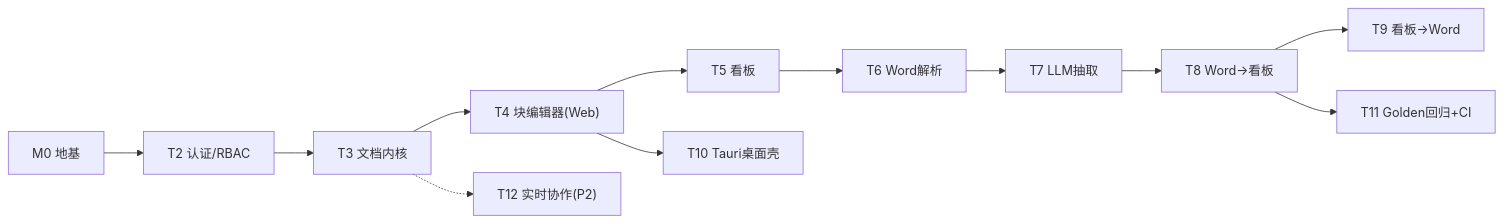
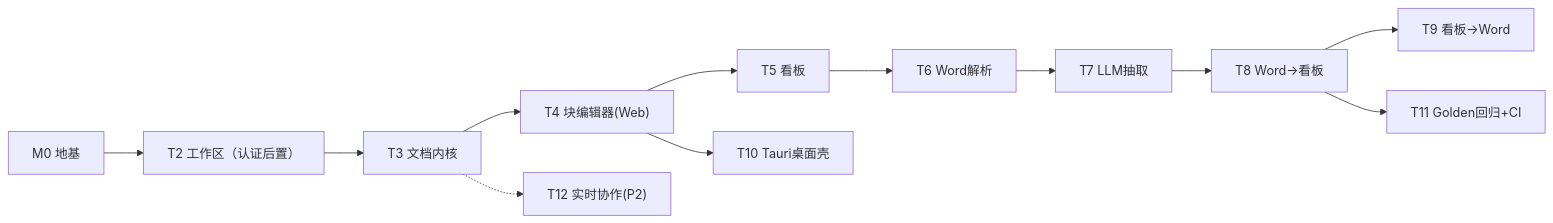
One commit to pandaymx/transnote changed the diagram in docs/TransNote开发路线.md. Above: the diagram before and after it, drawn with Mermaid. The commit also changed other lines of this file and 3 other files, not shown here.

````diff
--- a/docs/TransNote开发路线.md
+++ b/docs/TransNote开发路线.md
@@ -46,14 +46,14 @@
 ```mermaid
 flowchart LR
-    M01["M0 地基"] --> T2["T2 认证/RBAC"]
+    M01["M0 地基"] --> T2["T2 工作区（认证后置）"]
     T2 --> T3["T3 文档内核"]
     T3 --> T4["T4 块编辑器(Web)"]
     T4 --> T5["T5 看板"]
     T5 --> T6["T6 Word解析"]
     T6 --> T7["T7 LLM抽取"]
     T7 --> T8["T8 Word→看板"]
     T8 --> T9["T9 看板→Word"]
     T8 --> T11["T11 Golden回归+CI"]
     T4 --> T10["T10 Tauri桌面壳"]
     T3 -.-> T12["T12 实时协作(P2)"]
 ```
````
